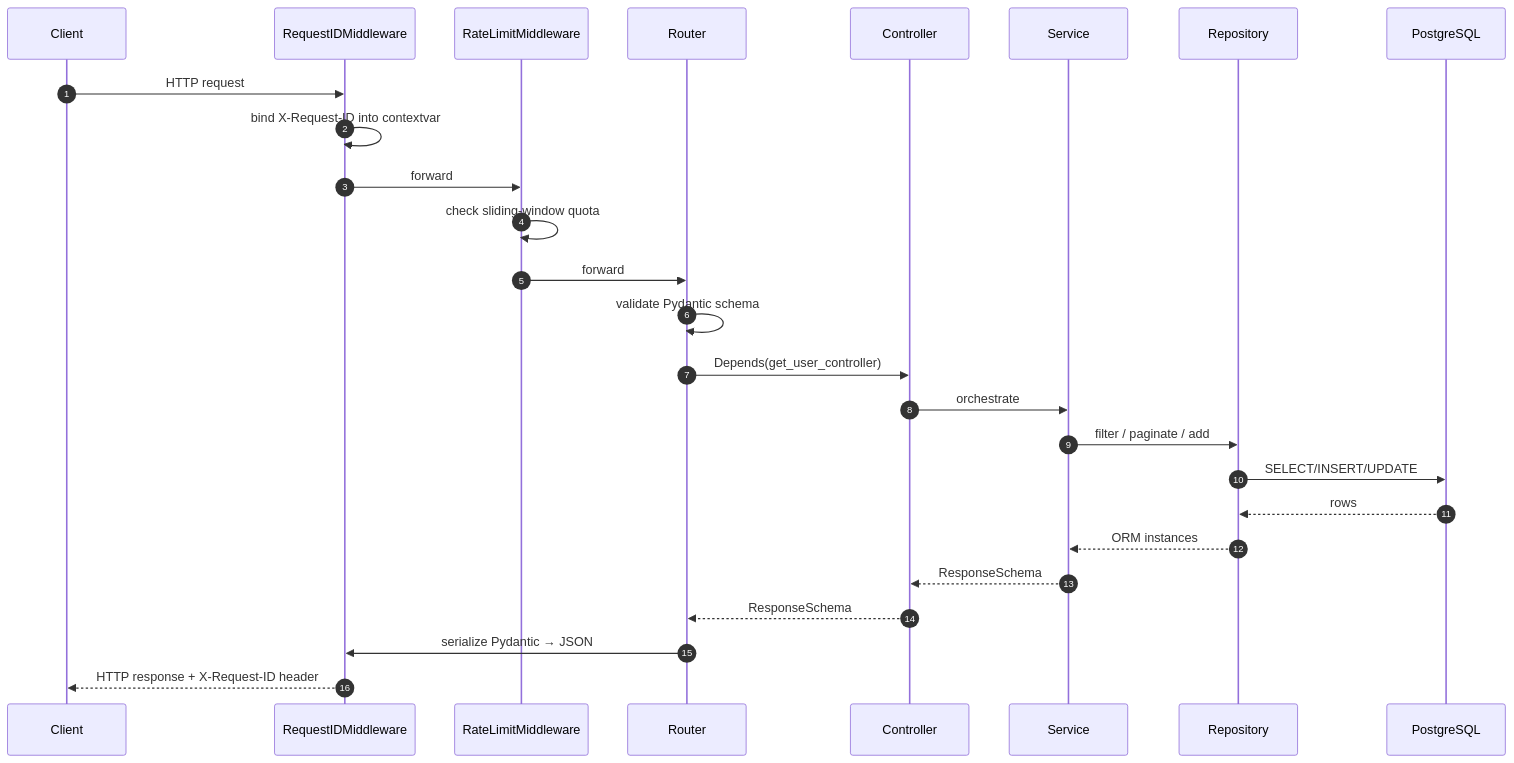
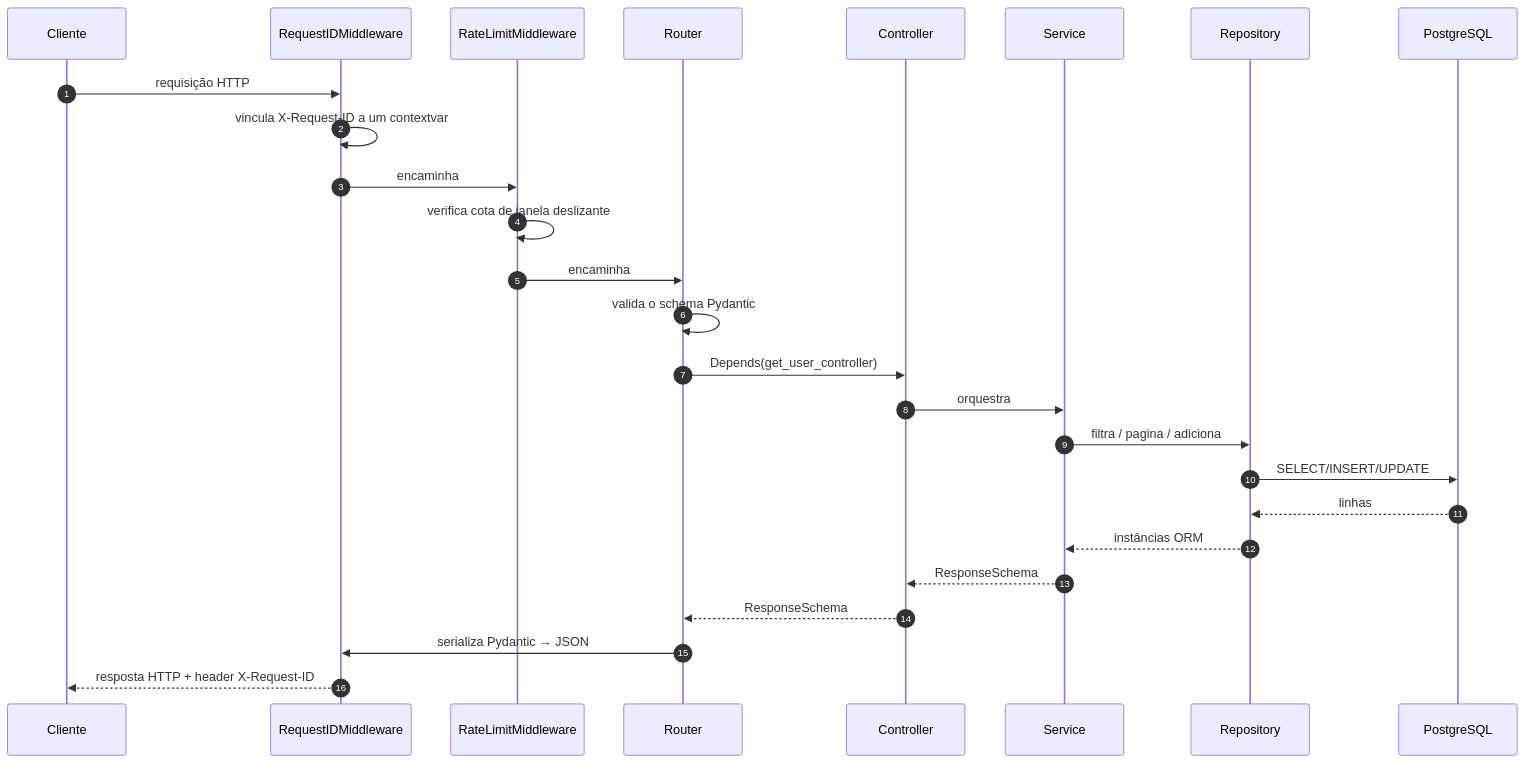
Before and after one commit to mauriciobenjamin700/tempest-fastapi-sdk: the second of 2 diagrams in docs/architecture.md, drawn with Mermaid. The commit also changed other lines of this file and 37 other files, not shown here.

````diff
--- a/docs/architecture.md
+++ b/docs/architecture.md
@@ -79,29 +79,29 @@
 ```mermaid
 sequenceDiagram
     autonumber
-    participant C as Client
+    participant C as Cliente
     participant M as RequestIDMiddleware
     participant L as RateLimitMiddleware
     participant R as Router
     participant Ctl as Controller
     participant S as Service
     participant Repo as Repository
     participant DB as PostgreSQL
 
-    C->>M: HTTP request
-    M->>M: bind X-Request-ID into contextvar
-    M->>L: forward
-    L->>L: check sliding-window quota
-    L->>R: forward
-    R->>R: validate Pydantic schema
+    C->>M: requisição HTTP
+    M->>M: vincula X-Request-ID a um contextvar
+    M->>L: encaminha
+    L->>L: verifica cota de janela deslizante
+    L->>R: encaminha
+    R->>R: valida o schema Pydantic
     R->>Ctl: Depends(get_user_controller)
-    Ctl->>S: orchestrate
-    S->>Repo: filter / paginate / add
+    Ctl->>S: orquestra
+    S->>Repo: filtra / pagina / adiciona
     Repo->>DB: SELECT/INSERT/UPDATE
-    DB-->>Repo: rows
-    Repo-->>S: ORM instances
+    DB-->>Repo: linhas
+    Repo-->>S: instâncias ORM
     S-->>Ctl: ResponseSchema
     Ctl-->>R: ResponseSchema
-    R->>M: serialize Pydantic → JSON
-    M-->>C: HTTP response + X-Request-ID header
+    R->>M: serializa Pydantic → JSON
+    M-->>C: resposta HTTP + header X-Request-ID
 ```
````
